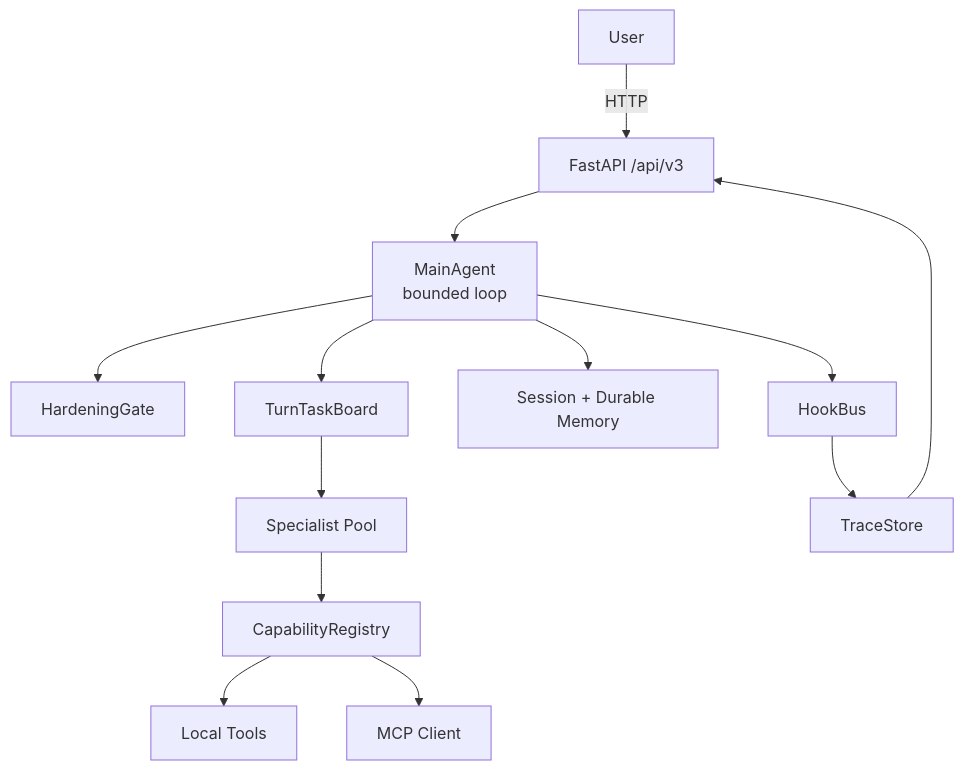
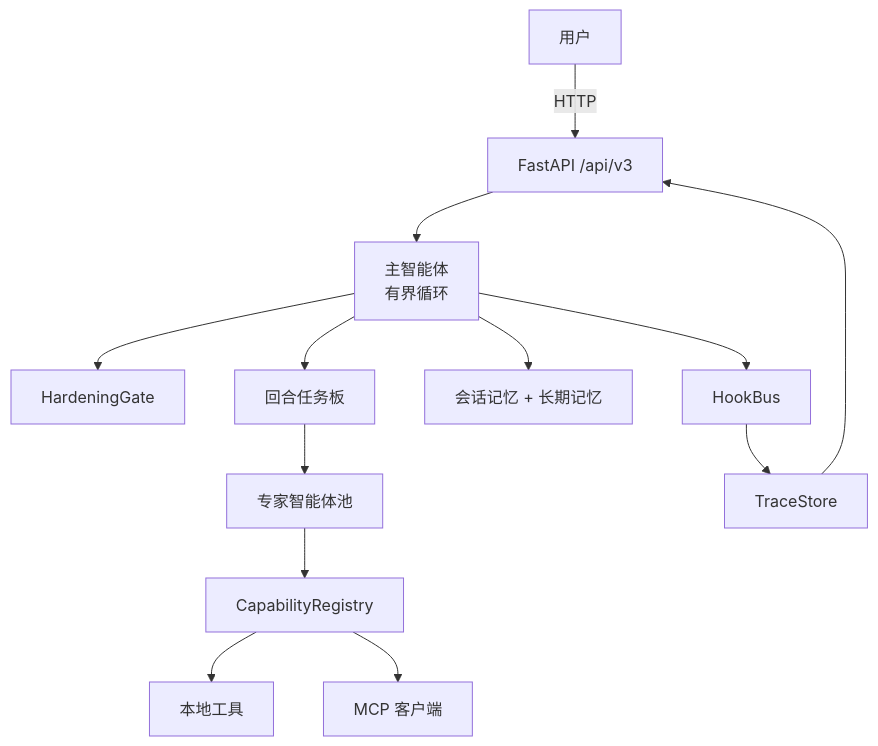
Before and after one commit to Nuguriyyds/multi-agent-ecommerce-runtime: the diagram in README.md, drawn with Mermaid. The commit also changed other lines of this file, not shown here.

````diff
--- a/README.md
+++ b/README.md
@@ -22,15 +81,15 @@
 ```mermaid
 graph TB
-    U[User] -->|HTTP| API[FastAPI /api/v3]
-    API --> MA[MainAgent<br/>bounded loop]
+    U[用户] -->|HTTP| API[FastAPI /api/v3]
+    API --> MA[主智能体<br/>有界循环]
     MA --> HG[HardeningGate]
-    MA --> TB[TurnTaskBoard]
-    TB --> SP[Specialist Pool]
+    MA --> TB[回合任务板]
+    TB --> SP[专家智能体池]
     SP --> REG[CapabilityRegistry]
-    REG --> TOOL[Local Tools]
-    REG --> MCP[MCP Client]
-    MA --> MEM[Session + Durable Memory]
+    REG --> TOOL[本地工具]
+    REG --> MCP[MCP 客户端]
+    MA --> MEM[会话记忆 + 长期记忆]
     MA --> HOOK[HookBus]
     HOOK --> TS[TraceStore]
     TS --> API
 ```
````
